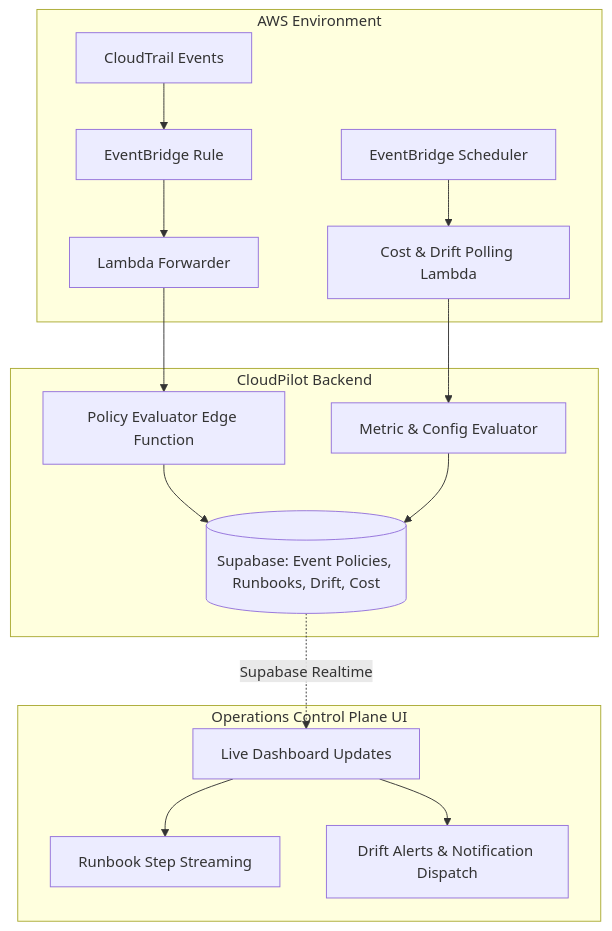
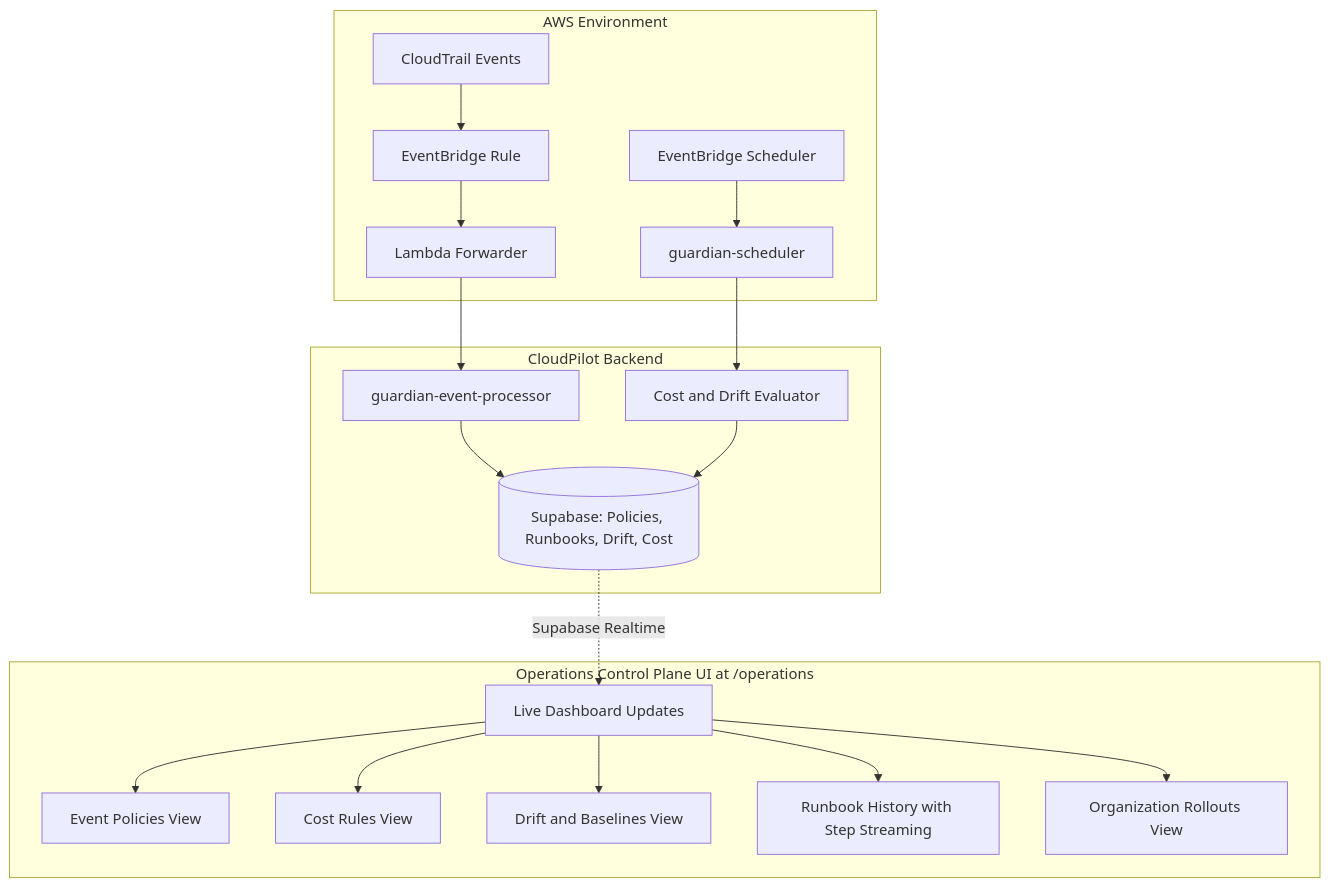
Diagram 21 of 21 in TECHNICAL_DOCUMENTATION.md (ritvikindupuri/aws-ai-agent), drawn with Mermaid before and after one commit. The commit also changed other lines of this file, not shown here.

````diff
--- a/TECHNICAL_DOCUMENTATION.md
+++ b/TECHNICAL_DOCUMENTATION.md
@@ -2079,21 +1828,24 @@
 ```mermaid
 graph TB
-    subgraph AWS Environment
+    subgraph "AWS Environment"
         A[CloudTrail Events] --> B[EventBridge Rule]
         B --> C[Lambda Forwarder]
-        D[EventBridge Scheduler] --> E[Cost & Drift Polling Lambda]
+        D[EventBridge Scheduler] --> E[guardian-scheduler]
     end
 
-    subgraph CloudPilot Backend
-        C --> F[Policy Evaluator Edge Function]
-        E --> G[Metric & Config Evaluator]
-        F --> H[(Supabase: Event Policies, Runbooks, Drift, Cost)]
+    subgraph "CloudPilot Backend"
+        C --> F[guardian-event-processor]
+        E --> G[Cost and Drift Evaluator]
+        F --> H[(Supabase: Policies, Runbooks, Drift, Cost)]
         G --> H
     end
 
-    subgraph Operations Control Plane UI
+    subgraph "Operations Control Plane UI at /operations"
         H -.-> |Supabase Realtime| I[Live Dashboard Updates]
-        I --> J[Runbook Step Streaming]
-        I --> K[Drift Alerts & Notification Dispatch]
+        I --> J[Event Policies View]
+        I --> K[Cost Rules View]
+        I --> L[Drift and Baselines View]
+        I --> M[Runbook History with Step Streaming]
+        I --> N[Organization Rollouts View]
     end
 ```
````
